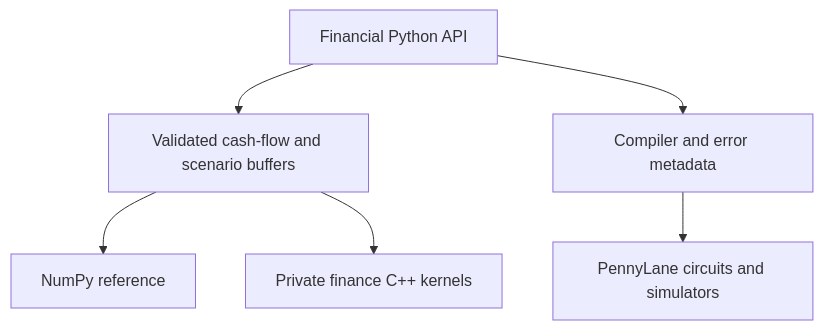
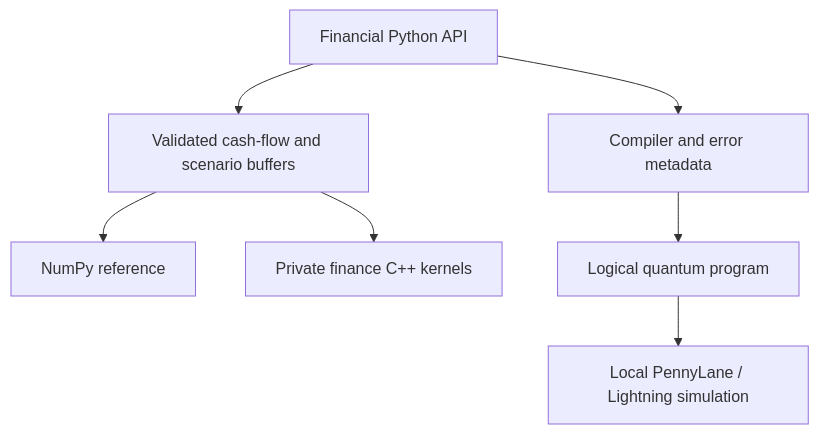
Before and after one commit to venkatkota2/QFin: the diagram in docs/architecture.md, drawn with Mermaid. The commit also changed other lines of this file and 24 other files, not shown here.

First line of the commit message:
Make QFin installable for local PennyLane/Lightning simulation (#17)

````diff
--- a/docs/architecture.md
+++ b/docs/architecture.md
@@ -8,8 +15,9 @@
 ```mermaid
 flowchart TB
     A["Financial Python API"] --> B["Validated cash-flow and scenario buffers"]
     B --> C["NumPy reference"]
     B --> D["Private finance C++ kernels"]
     A --> E["Compiler and error metadata"]
-    E --> F["PennyLane circuits and simulators"]
+    E --> F["Logical quantum program"]
+    F --> G["Local PennyLane / Lightning simulation"]
 ```
````
